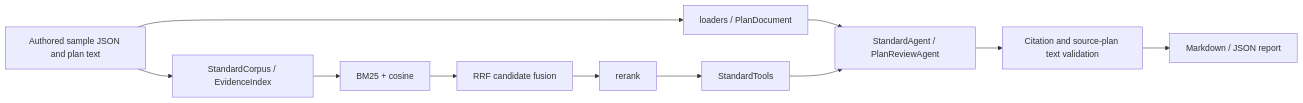
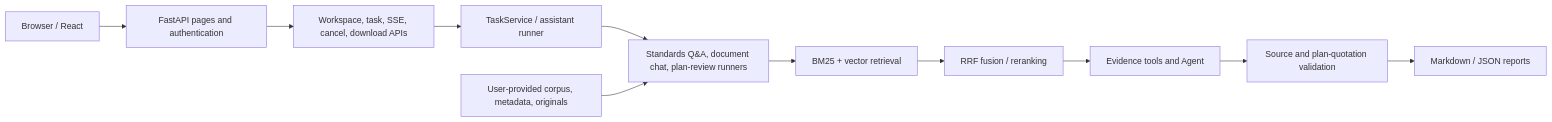
Before and after one commit to L1pp/rag-arch-demo: the diagram in docs/architecture_en.md, drawn with Mermaid. The commit also changed other lines of this file and 70 other files, not shown here.

Commit message:
Publish React/FastAPI workbench as default with standalone offline demos

````diff
--- a/docs/architecture_en.md
+++ b/docs/architecture_en.md
@@ -5,13 +7,13 @@
-```mermaid
+~~~~mermaid
 flowchart LR
-    A[Authored sample JSON and plan text] --> B[loaders / PlanDocument]
-    A --> C[StandardCorpus / EvidenceIndex]
-    B --> H
-    C --> D[BM25 + cosine]
-    D --> E[RRF candidate fusion]
-    E --> F[rerank]
-    F --> G[StandardTools]
-    G --> H[StandardAgent / PlanReviewAgent]
-    H --> I[Citation and source-plan text validation]
-    I --> J[Markdown / JSON report]
-```
+    U[Browser / React] --> A[FastAPI pages and authentication]
+    A --> B[Workspace, task, SSE, cancel, download APIs]
+    B --> C[TaskService / assistant runner]
+    C --> D[Standards Q&A, document chat, plan-review runners]
+    D --> E[BM25 + vector retrieval]
+    E --> F[RRF fusion / reranking]
+    F --> G[Evidence tools and Agent]
+    G --> H[Source and plan-quotation validation]
+    H --> I[Markdown / JSON reports]
+    J[User-provided corpus, metadata, originals] --> D
+~~~~
````
